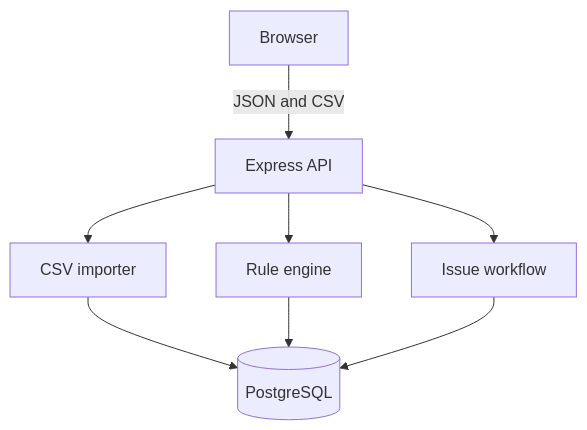
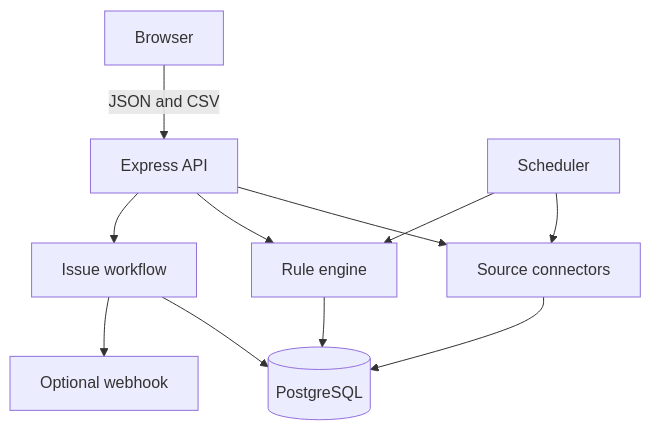
Before and after one commit to 1cbyc/datalint: the diagram in docs/architecture/adr-000-overview.md, drawn with Mermaid. The commit also changed other lines of this file and 19 other files, not shown here.

````diff
--- a/docs/architecture/adr-000-overview.md
+++ b/docs/architecture/adr-000-overview.md
@@ -5,10 +5,13 @@
 ```mermaid
 flowchart TD
   browser[Browser] -->|JSON and CSV| api[Express API]
-  api --> importer[CSV importer]
+  api --> connectors[Source connectors]
   api --> engine[Rule engine]
   api --> workflow[Issue workflow]
-  importer --> database[(PostgreSQL)]
+  scheduler[Scheduler] --> connectors
+  scheduler --> engine
+  connectors --> database[(PostgreSQL)]
   engine --> database
   workflow --> database
+  workflow --> webhook[Optional webhook]
 ```
````
